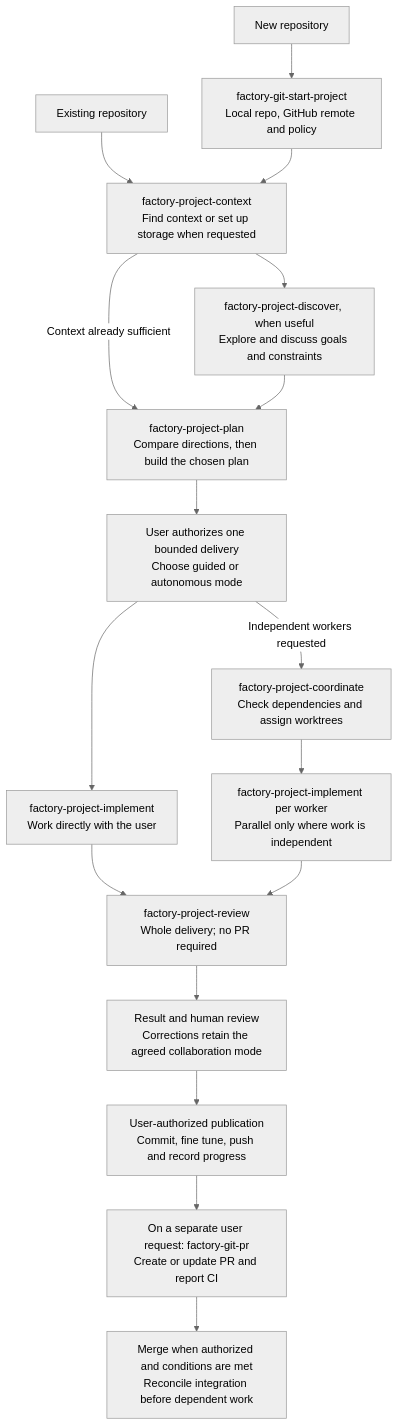
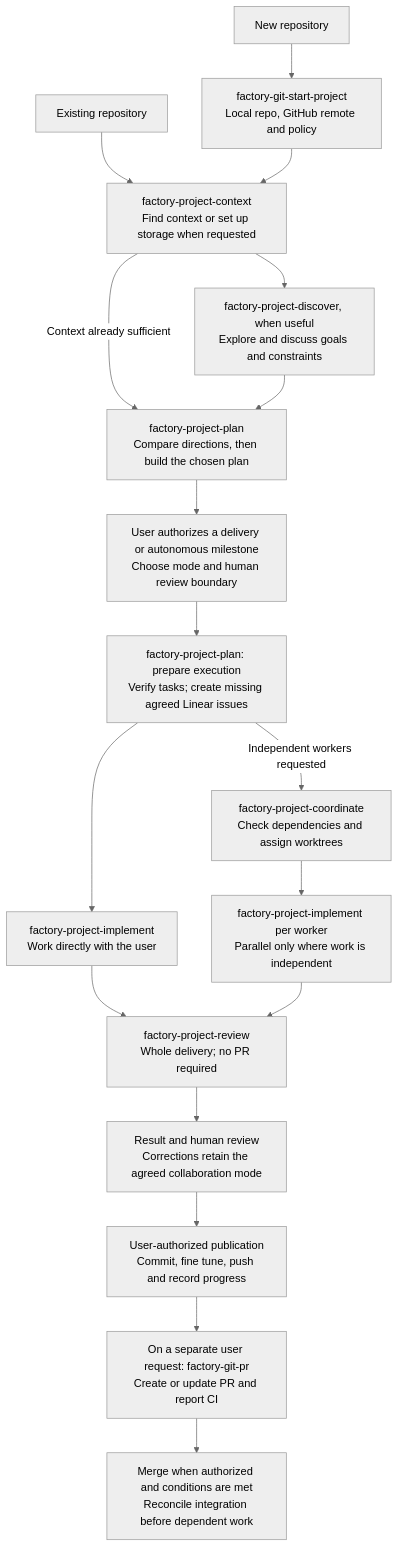
The first of 2 diagrams in docs/workflow.md (nachfq/factoryfq), drawn with Mermaid (neutral theme) before and after one commit. The commit also changed other lines of this file and 15 other files, not shown here.

Commit message:
fix(workflow): prepare agreed deliveries before milestone execution (#5)

````diff
--- a/docs/workflow.md
+++ b/docs/workflow.md
@@ -15,19 +15,20 @@
 ```mermaid
 flowchart TD
     New["New repository"] --> Setup["factory-git-start-project<br/>Local repo, GitHub remote and policy"]
     Existing["Existing repository"] --> Context
     Setup --> Context["factory-project-context<br/>Find context or set up storage when requested"]
     Context --> Discover["factory-project-discover, when useful<br/>Explore and discuss goals and constraints"]
     Context -->|"Context already sufficient"| Plan
     Discover --> Plan["factory-project-plan<br/>Compare directions, then build the chosen plan"]
-    Plan --> Scope["User authorizes one bounded delivery<br/>Choose guided or autonomous mode"]
-    Scope --> Direct["factory-project-implement<br/>Work directly with the user"]
-    Scope -->|"Independent workers requested"| Coordinate["factory-project-coordinate<br/>Check dependencies and assign worktrees"]
+    Plan --> Scope["User authorizes a delivery or autonomous milestone<br/>Choose mode and human review boundary"]
+    Scope --> Prepare["factory-project-plan: prepare execution<br/>Verify tasks; create missing agreed Linear issues"]
+    Prepare --> Direct["factory-project-implement<br/>Work directly with the user"]
+    Prepare -->|"Independent workers requested"| Coordinate["factory-project-coordinate<br/>Check dependencies and assign worktrees"]
     Coordinate --> Workers["factory-project-implement per worker<br/>Parallel only where work is independent"]
     Direct --> Review["factory-project-review<br/>Whole delivery; no PR required"]
     Workers --> Review
     Review --> Handoff["Result and human review<br/>Corrections retain the agreed collaboration mode"]
     Handoff --> Publish["User-authorized publication<br/>Commit, fine tune, push and record progress"]
     Publish --> PR["On a separate user request: factory-git-pr<br/>Create or update PR and report CI"]
     PR --> Merge["Merge when authorized and conditions are met<br/>Reconcile integration before dependent work"]
 ```
````
